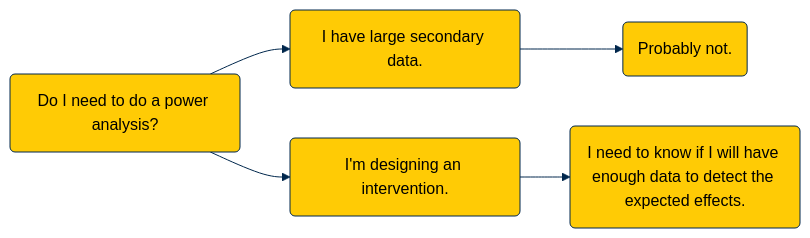
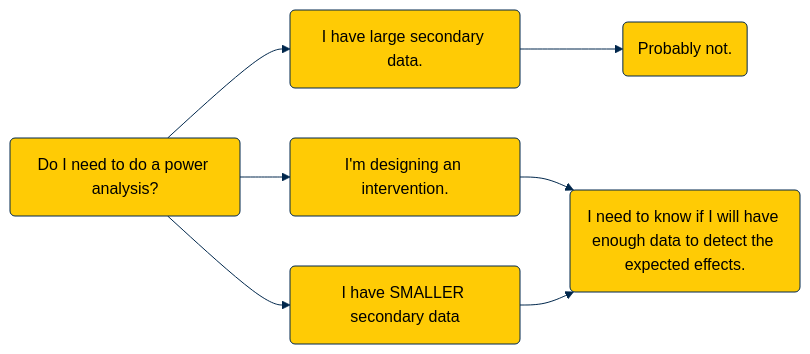
Before and after one commit to agrogan1/teaching: the diagram in power-analysis/README.md, drawn with Mermaid.

````diff
--- a/power-analysis/README.md
+++ b/power-analysis/README.md
@@ -3,23 +3,25 @@
 ```mermaid
 %%{
   init: {
     'theme': 'base',
     'themeVariables': {
       'primaryColor': '#FFCB05',
       'primaryTextColor': '#000000',
       'primaryBorderColor': '#00274C',
       'lineColor': '#00274C',
       'secondaryColor': '#00274C',
       'secondaryTextColor': '#000000',
       'tertiaryColor': '#F2F2F2',
       'tertiaryBorderColor': '#00274C'
     }
   }
 }%%
 
 flowchart LR
   question(Do I need to do a power analysis?) --> secondary(I have large secondary data.)
   secondary --> probablynot(Probably not.) 
   question --> intervention(I'm designing an intervention.)
   intervention --> enoughdata(I need to know if I will have enough data to detect the expected effects.)
+  question --> smallsecondary(I have SMALLER secondary data)
+  smallsecondary --> enoughdata
 ```
````
